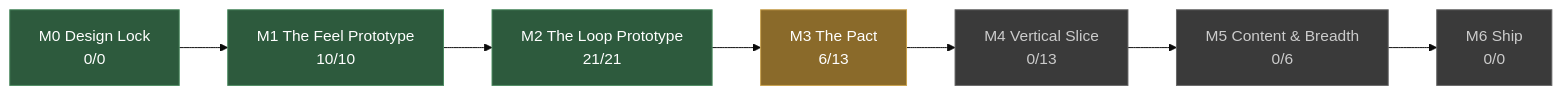
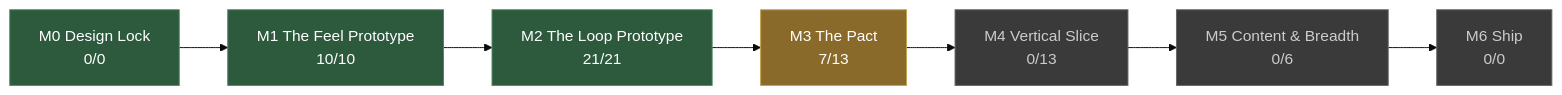
One commit to JoshuaGessner/she changed the diagram in docs/STATUS.md. Above: the diagram before and after it, drawn with Mermaid (base theme). The commit also changed other lines of this file and 33 other files, not shown here.

````diff
--- a/docs/STATUS.md
+++ b/docs/STATUS.md
@@ -13,19 +13,19 @@
 ```mermaid
 flowchart LR
   M0["M0 Design Lock<br/>0/0"]:::passed
   M1["M1 The Feel Prototype<br/>10/10"]:::passed
   M0 --> M1
   M2["M2 The Loop Prototype<br/>21/21"]:::passed
   M1 --> M2
-  M3["M3 The Pact<br/>6/13"]:::current
+  M3["M3 The Pact<br/>7/13"]:::current
   M2 --> M3
   M4["M4 Vertical Slice<br/>0/13"]:::ahead
   M3 --> M4
   M5["M5 Content & Breadth<br/>0/6"]:::ahead
   M4 --> M5
   M6["M6 Ship<br/>0/0"]:::ahead
   M5 --> M6
   classDef passed fill:#2d5a3d,stroke:#4a8a5f,color:#fff
   classDef current fill:#8a6a2a,stroke:#c8a04a,color:#fff
   classDef ahead fill:#3a3a3a,stroke:#666,color:#ccc
 ```
````
